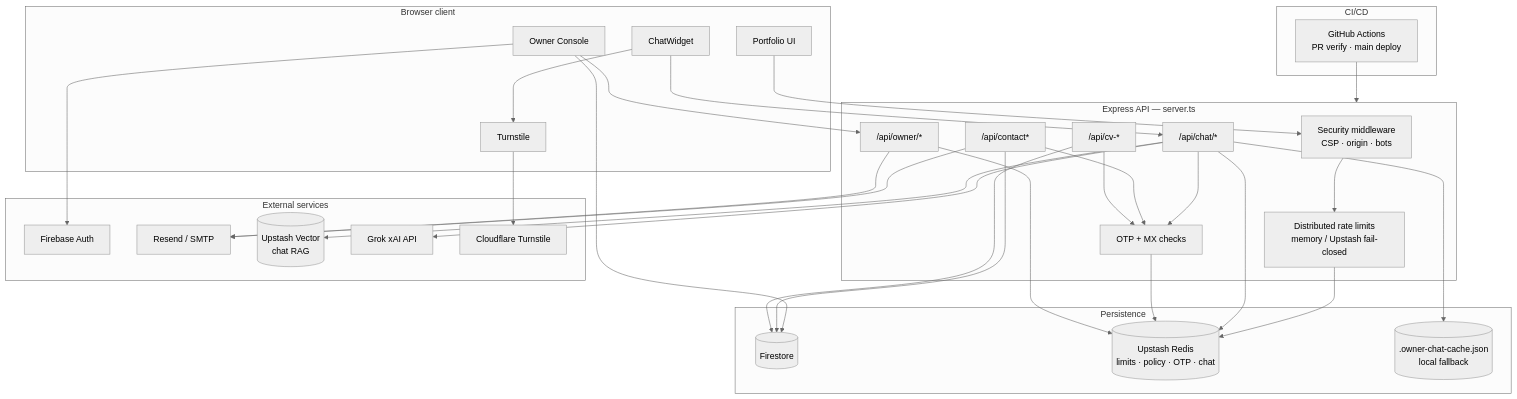
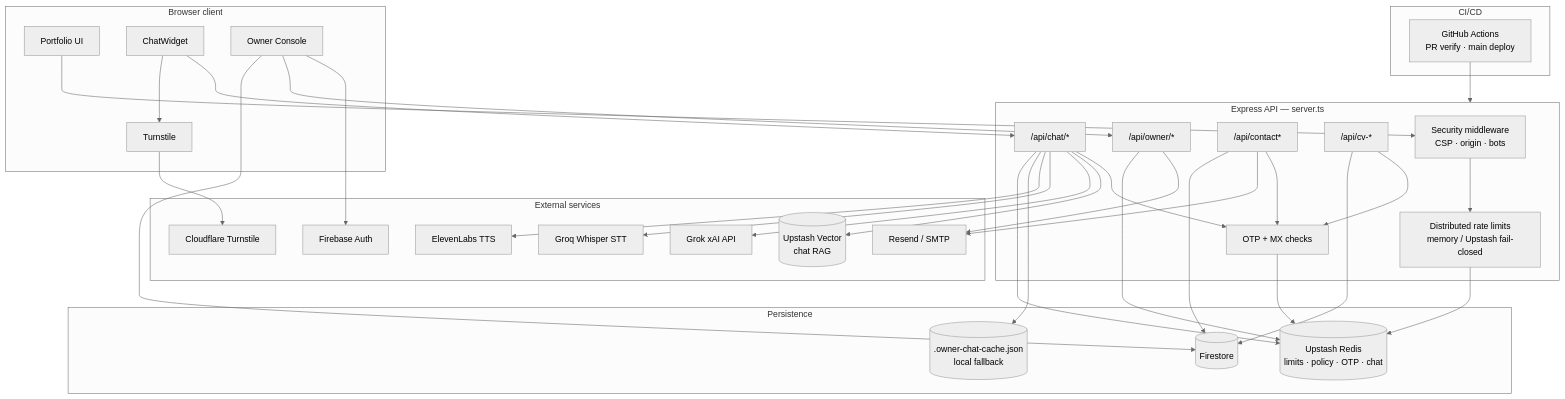
The first of 6 diagrams in docs/ARCHITECTURE.md (mosufyan/sufyan-portfolio), drawn with Mermaid (neutral theme) before and after one commit. The commit also changed other lines of this file and 38 other files, not shown here.

First line of the commit message:
feat: OTP toggles, RAG chat quality, and Groq voice agent (#31)

````diff
--- a/docs/ARCHITECTURE.md
+++ b/docs/ARCHITECTURE.md
@@ -11,60 +11,64 @@
 ```mermaid
 flowchart TB
   subgraph Client["Browser client"]
     UI[Portfolio UI]
     Chat[ChatWidget]
     Owner[Owner Console]
     TS[Turnstile]
   end
 
   subgraph Edge["Express API — server.ts"]
     Sec[Security middleware<br/>CSP · origin · bots]
     RL[Distributed rate limits<br/>memory / Upstash fail-closed]
     OTP[OTP + MX checks]
     ChatAPI["/api/chat/*"]
     Contact["/api/contact*"]
     CV["/api/cv-*"]
     OwnerAPI["/api/owner/*"]
   end
 
   subgraph Data["Persistence"]
     FS[(Firestore)]
     Redis[(Upstash Redis<br/>limits · policy · OTP · chat)]
     Disk[(.owner-chat-cache.json<br/>local fallback)]
   end
 
   subgraph External["External services"]
     FB[Firebase Auth]
     Mail[Resend / SMTP]
     Vector[(Upstash Vector<br/>chat RAG)]
     Grok[Grok xAI API]
+    Groq[Groq Whisper STT]
+    Eleven[ElevenLabs TTS]
     CF[Cloudflare Turnstile]
   end
 
   subgraph CICD["CI/CD"]
     GH[GitHub Actions<br/>PR verify · main deploy]
   end
 
   UI --> Sec
   Chat --> ChatAPI
   Chat --> TS --> CF
   Owner --> FB
   Owner --> OwnerAPI
   Owner --> FS
   Sec --> RL
   RL --> Redis
   ChatAPI --> OTP
   ChatAPI --> Vector
   ChatAPI --> Grok
+  ChatAPI --> Groq
+  ChatAPI --> Eleven
   ChatAPI --> Disk
   ChatAPI --> Redis
   Contact --> OTP
   Contact --> Mail
   Contact --> FS
   OTP --> Redis
   CV --> OTP
   CV --> FS
   OwnerAPI --> Mail
   OwnerAPI --> Redis
   GH --> Edge
 ```
````
